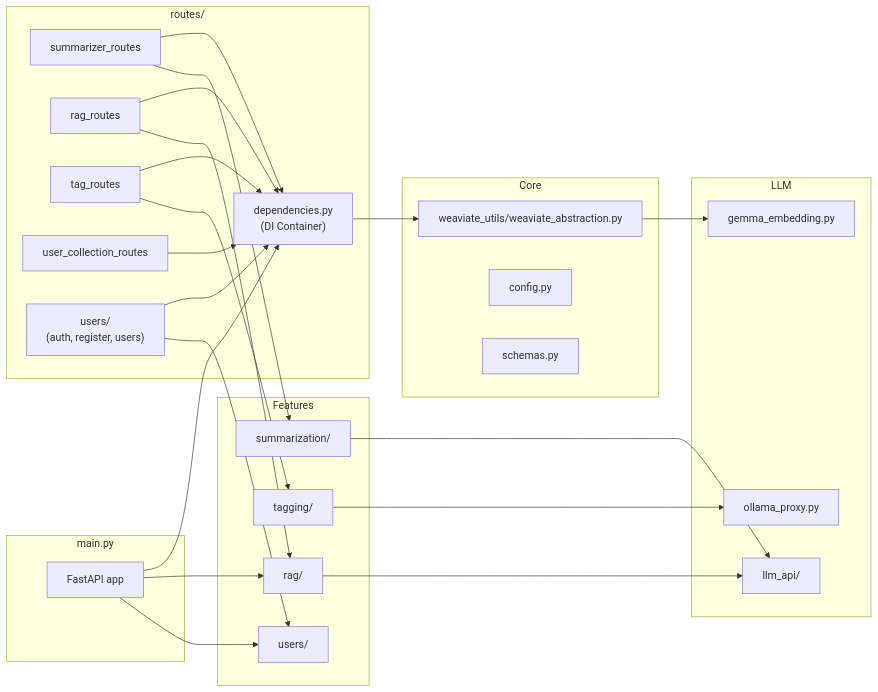
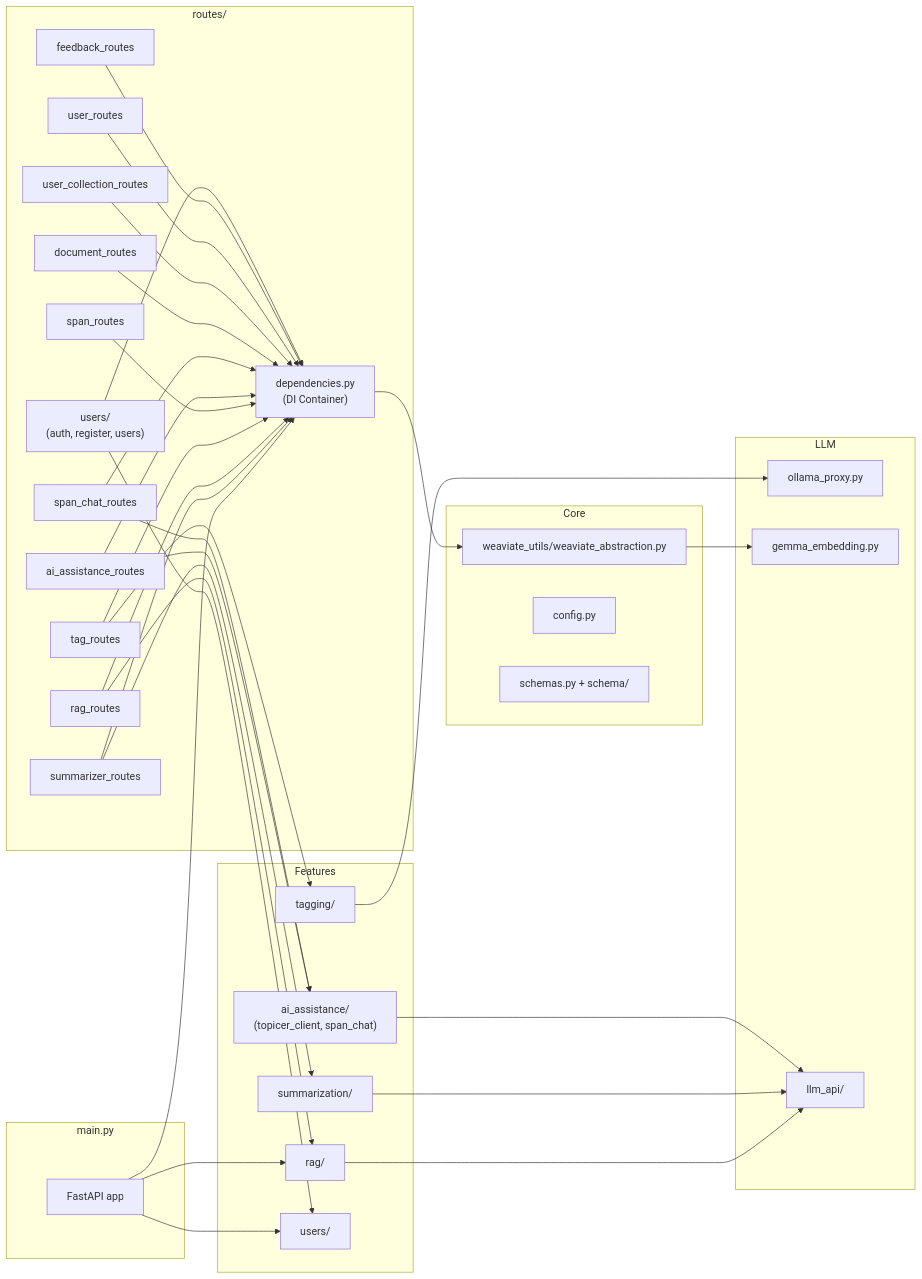
One commit to DCGM/semant-demo changed the second of 6 diagrams in docs/ARCHITECTURE.md. Above: the diagram before and after it, drawn with Mermaid. The commit also changed other lines of this file and 4 other files, not shown here.

Commit message:
feat: enhance README, architecture, and database documentation; add span and AI assistance details refactor: remove OldUserCollectionsPage.vue as part of UI cleanup

````diff
--- a/docs/ARCHITECTURE.md
+++ b/docs/ARCHITECTURE.md
@@ -54,46 +54,56 @@
 ```mermaid
 flowchart LR
     subgraph main.py
         APP[FastAPI app]
     end
 
     subgraph routes/
         DI["dependencies.py<br/>(DI Container)"]
         SUM_R[summarizer_routes]
         RAG_R[rag_routes]
         TAG_R[tag_routes]
+        SPAN_R[span_routes]
+        AI_R[ai_assistance_routes]
+        CHAT_R[span_chat_routes]
+        DOC_R[document_routes]
         COL_R[user_collection_routes]
+        USR_R[user_routes]
+        FB_R[feedback_routes]
         AUTH_R["users/<br/>(auth, register, users)"]
     end
 
     subgraph Core
         WS[weaviate_utils/weaviate_abstraction.py]
         CFG[config.py]
-        SCH[schemas.py]
+        SCH["schemas.py + schema/"]
     end
 
     subgraph LLM
         OLLP[ollama_proxy.py]
         GEMMA[gemma_embedding.py]
         LLM_API[llm_api/]
     end
 
     subgraph Features
         RAG_F[rag/]
         SUM[summarization/]
         TAG_F[tagging/]
+        AI_F["ai_assistance/<br/>(topicer_client, span_chat)"]
         USERS[users/]
     end
 
     APP --> DI & RAG_F & USERS
-    SUM_R & RAG_R & TAG_R & COL_R & AUTH_R --> DI
+    SUM_R & RAG_R & TAG_R & SPAN_R & AI_R & CHAT_R & DOC_R & COL_R & USR_R & FB_R & AUTH_R --> DI
     DI --> WS
     RAG_R --> RAG_F
     SUM_R --> SUM
     TAG_R --> TAG_F
+    AI_R --> AI_F
+    CHAT_R --> AI_F
     WS --> GEMMA
     RAG_F --> LLM_API
     SUM --> LLM_API
     TAG_F --> OLLP
+    AI_F --> LLM_API
     AUTH_R --> USERS
 ```
````
